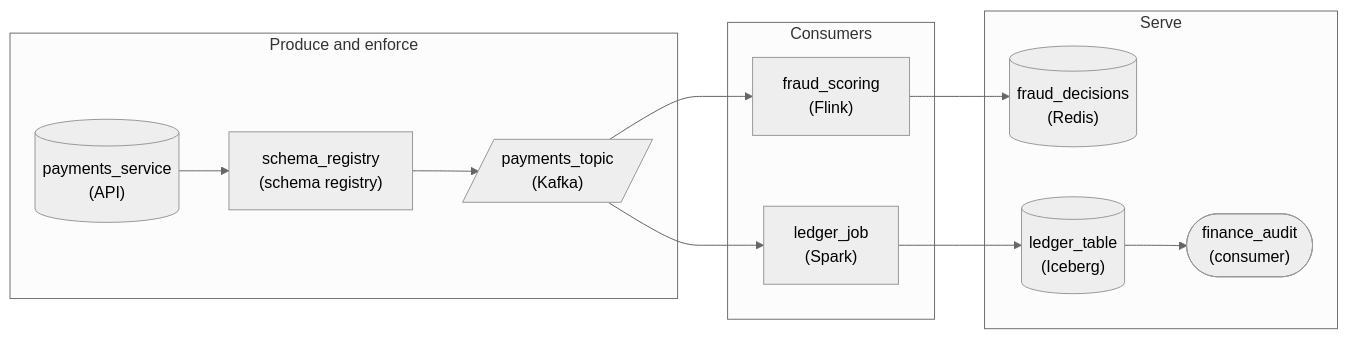
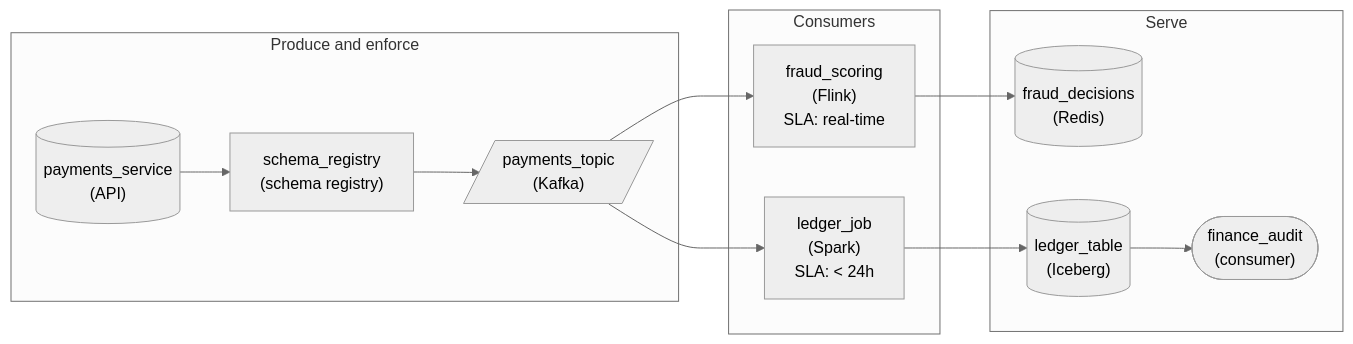
One commit to Dulain-Willis/study-helper changed the first of 2 diagrams in lesson_preview/interview/architecture/pa_pattern_schema_evolution.md. Above: the diagram before and after it, drawn with Mermaid (neutral theme). The commit also changed 26 other files, not shown here.

First line of the commit message:
Mermaid diagrams: show tags and extra values inside each node (#43)

````diff
--- a/lesson_preview/interview/architecture/pa_pattern_schema_evolution.md
+++ b/lesson_preview/interview/architecture/pa_pattern_schema_evolution.md
@@ -586,24 +586,24 @@
 ```mermaid
 flowchart LR
     subgraph L0["Produce and enforce"]
         n0[("payments_service<br/>(API)")]
         n1["schema_registry<br/>(schema registry)"]
         n2[/"payments_topic<br/>(Kafka)"/]
     end
     subgraph L1["Consumers"]
-        n3["fraud_scoring<br/>(Flink)"]
-        n5["ledger_job<br/>(Spark)"]
+        n3["fraud_scoring<br/>(Flink)<br/>SLA: real-time"]
+        n5["ledger_job<br/>(Spark)<br/>SLA: #60; 24h"]
     end
     subgraph L2["Serve"]
         n4[("fraud_decisions<br/>(Redis)")]
         n6[("ledger_table<br/>(Iceberg)")]
         n7(["finance_audit<br/>(consumer)"])
     end
     n0 --> n1
     n1 --> n2
     n2 --> n3
     n3 --> n4
     n2 --> n5
     n5 --> n6
     n6 --> n7
 ```
````
